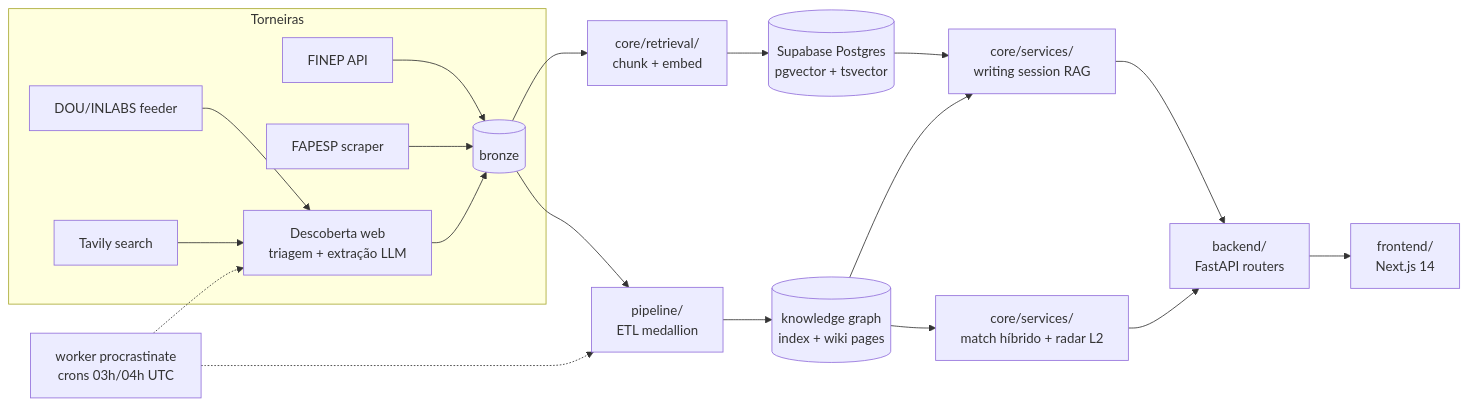
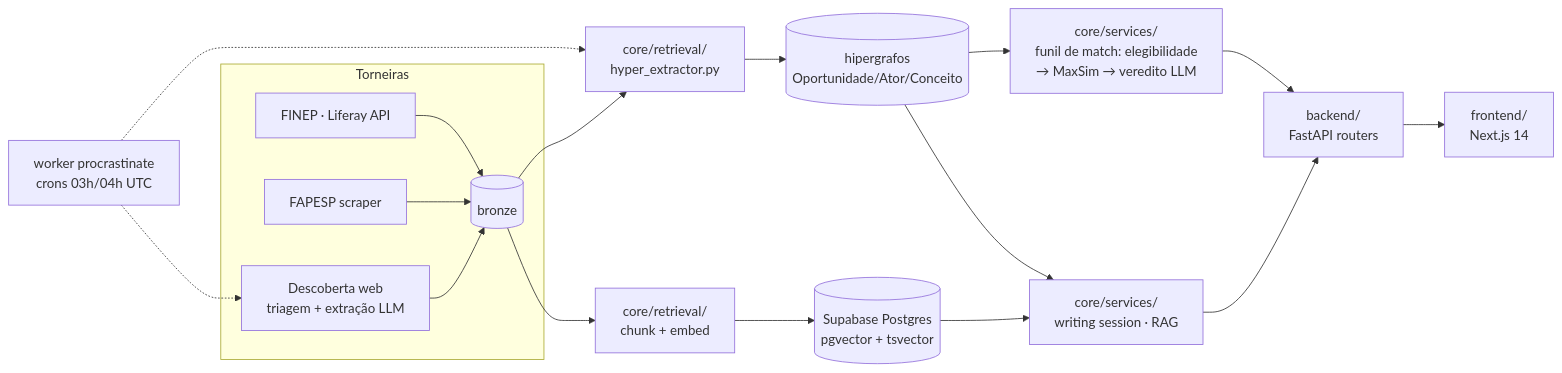
Before and after one commit to lucasborgs/radar_editais: the diagram in README.md, drawn with Mermaid. The commit also changed other lines of this file and 8 other files, not shown here.

First line of the commit message:
docs: atualiza README, architecture.md e runbook para Docker+Cloudflare

````diff
--- a/README.md
+++ b/README.md
@@ -15,20 +34,18 @@
 ```mermaid
 flowchart LR
     subgraph Torneiras
-        FINEP[FINEP API] --> B[(bronze)]
+        FINEP[FINEP · Liferay API] --> B[(bronze)]
         FAPESP[FAPESP scraper] --> B
-        DOU[DOU/INLABS feeder] --> D[Descoberta web<br/>triagem + extração LLM]
-        TAV[Tavily search] --> D
-        D --> B
+        WEB[Descoberta web<br/>triagem + extração LLM] --> B
     end
-    B --> ETL[pipeline/<br/>ETL medallion] --> KG[(knowledge graph<br/>index + wiki pages)]
+    B --> HEX[core/retrieval/<br/>hyper_extractor.py] --> HG[(hipergrafos<br/>Oportunidade/Ator/Conceito)]
     B --> CH[core/retrieval/<br/>chunk + embed] --> PG[(Supabase Postgres<br/>pgvector + tsvector)]
-    KG --> M[core/services/<br/>match híbrido + radar L2]
-    PG --> W[core/services/<br/>writing session RAG]
-    KG --> W
+    HG --> M[core/services/<br/>funil de match: elegibilidade<br/>→ MaxSim → veredito LLM]
+    PG --> W[core/services/<br/>writing session · RAG]
+    HG --> W
     M --> API[backend/<br/>FastAPI routers]
     W --> API
     API --> FE[frontend/<br/>Next.js 14]
-    WK[worker procrastinate<br/>crons 03h/04h UTC] -.-> ETL
-    WK -.-> D
+    WK[worker procrastinate<br/>crons 03h/04h UTC] -.-> HEX
+    WK -.-> WEB
 ```
````
